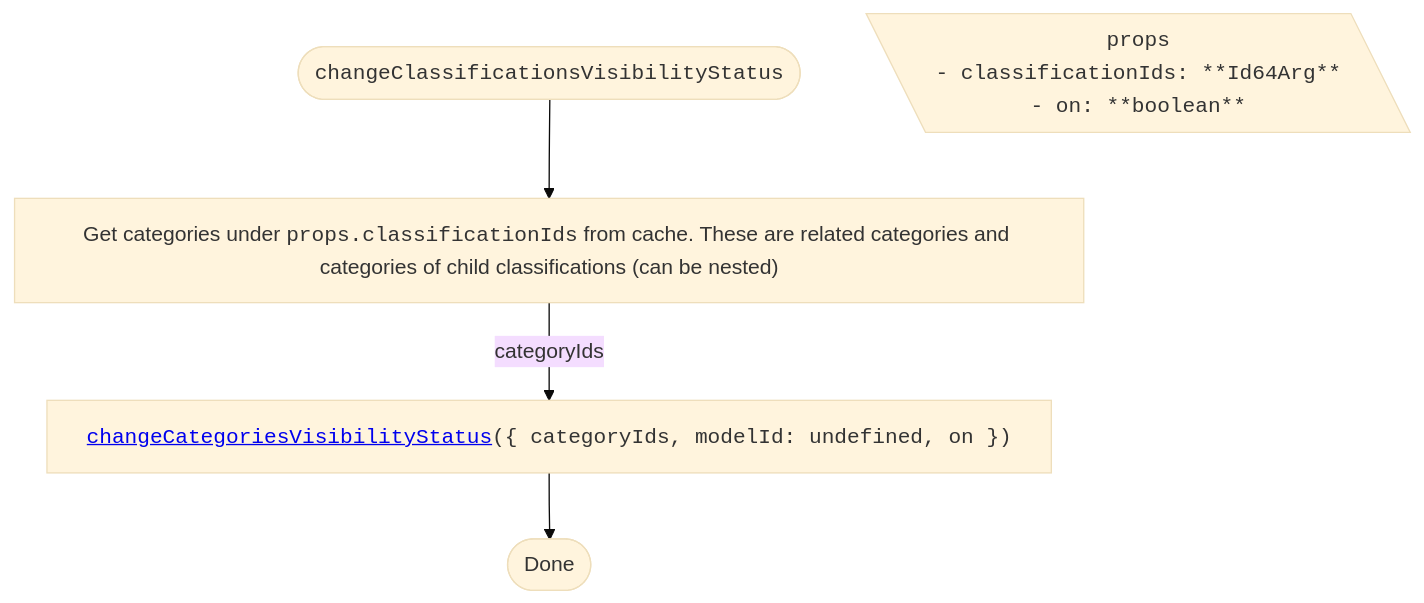
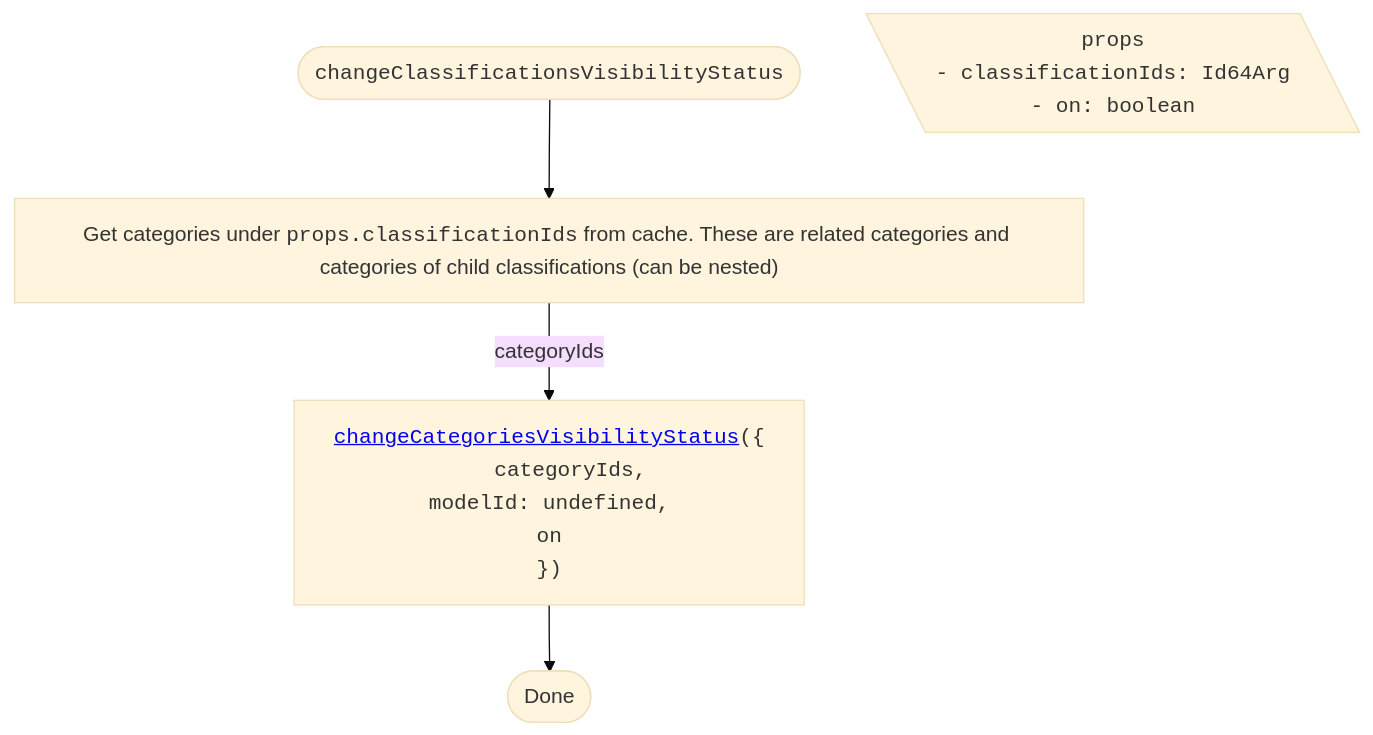
One commit to iTwin/viewer-components-react changed the fourth of 4 diagrams in packages/itwin/tree-widget/docs/ClassificationsTreeVisibilityHandling.md. Above: the diagram before and after it, drawn with Mermaid (base theme). The commit also changed other lines of this file and 4 other files, not shown here.

````diff
--- a/packages/itwin/tree-widget/docs/ClassificationsTreeVisibilityHandling.md
+++ b/packages/itwin/tree-widget/docs/ClassificationsTreeVisibilityHandling.md
@@ -121,22 +131,26 @@
 ```mermaid
 ---
 config:
   flowchart:
     wrappingWidth: 750
     useMaxWidth: false
 ---
 
 flowchart TD
   RESULT_Done([Done])
 
   %% Start
   TITLE(["<code>changeClassificationsVisibilityStatus</code>"]) --> A["Get categories under <code>props.classificationIds</code> from cache. These are related categories and categories of child classifications (can be nested)"]
 
   PROPS[\"
     <code>props</code>
-    <code style='text-align: left;'>- classificationIds: **Id64Arg**<br/>- on: **boolean**</code>
+    <code style='text-align: left;'>- classificationIds: Id64Arg<br/>- on: boolean</code>
   "\]
 
-  A -- categoryIds --> B["<code><a href='./SharedVisibilityHandling.md#changecategoriesvisibilitystatus'>changeCategoriesVisibilityStatus</a>({ categoryIds, modelId: undefined, on })</code>"]
+  A -- categoryIds --> B["<code style='text-align: left;'><a href='./SharedVisibilityHandling.md#changecategoriesvisibilitystatus'>changeCategoriesVisibilityStatus</a>({
+    <code style='padding-left: 2rem'>categoryIds,
+    modelId: undefined,
+    on</code>
+  })</code>"]
   B --> RESULT_Done
 ```
````
